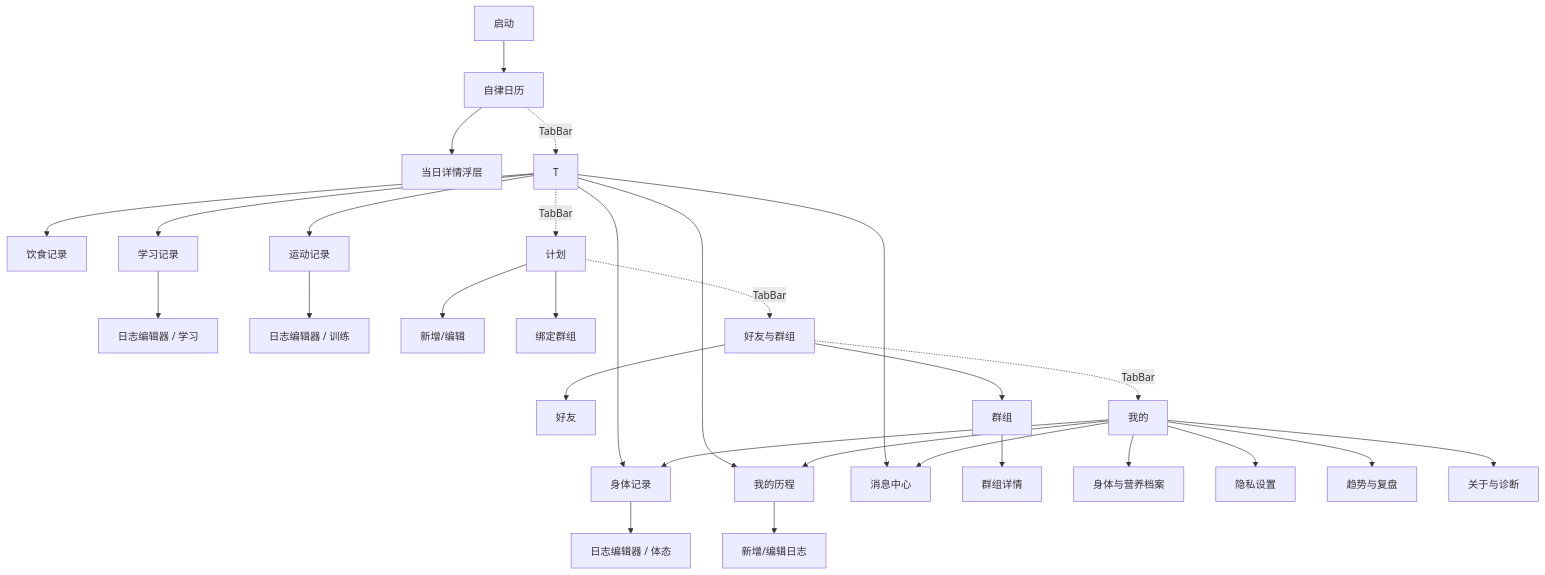
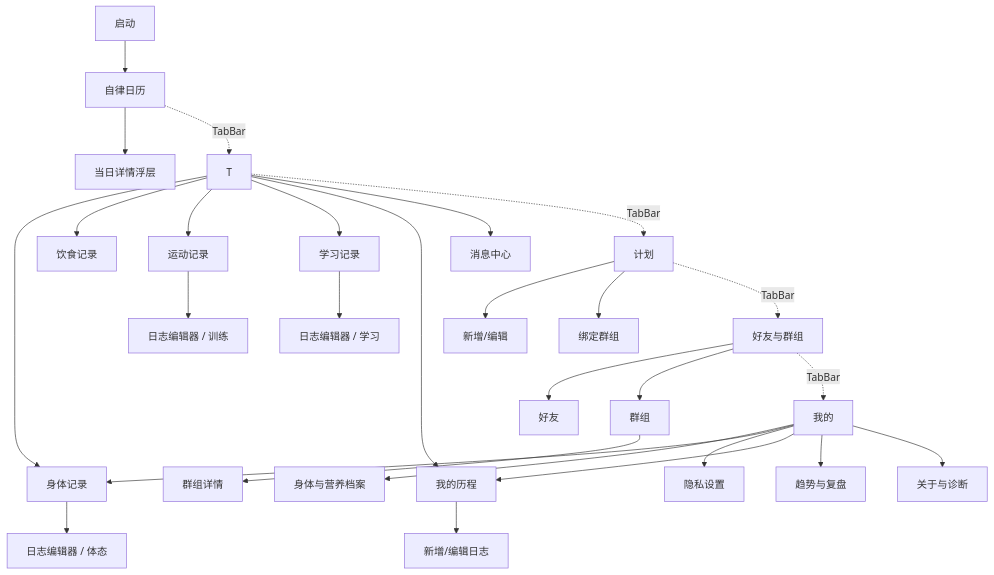
The diagram in docs/NAVIGATION.md (duohekaishui1127/zilv), drawn with Mermaid before and after one commit. The commit also changed other lines of this file and 72 other files, not shown here.

````diff
--- a/docs/NAVIGATION.md
+++ b/docs/NAVIGATION.md
@@ -3,36 +3,35 @@
 ```mermaid
 flowchart TD
     A[启动] --> CA[自律日历]
     CA --> CD[当日详情浮层]
     T --> B[身体记录]
     T --> F[饮食记录]
     T --> W[运动记录]
     T --> S[学习记录]
     T --> N[我的历程]
     T --> NT[消息中心]
 
     B --> NE[日志编辑器 / 体态]
     S --> NE2[日志编辑器 / 学习]
     W --> NE3[日志编辑器 / 训练]
     N --> NE4[新增/编辑日志]
 
     P[计划] --> PE[新增/编辑]
     P --> PB[绑定群组]
 
     C[好友与群组] --> CF[好友]
     C --> CG[群组]
     CG --> GD[群组详情]
 
     M[我的] --> MP[身体与营养档案]
     M --> B
     M --> PR[隐私设置]
     M --> N
     M --> WR[趋势与复盘]
-    M --> NT
     M --> AB[关于与诊断]
 
     CA -.TabBar.-> T
     T -.TabBar.-> P
     P -.TabBar.-> C
     C -.TabBar.-> M
 ```
````
